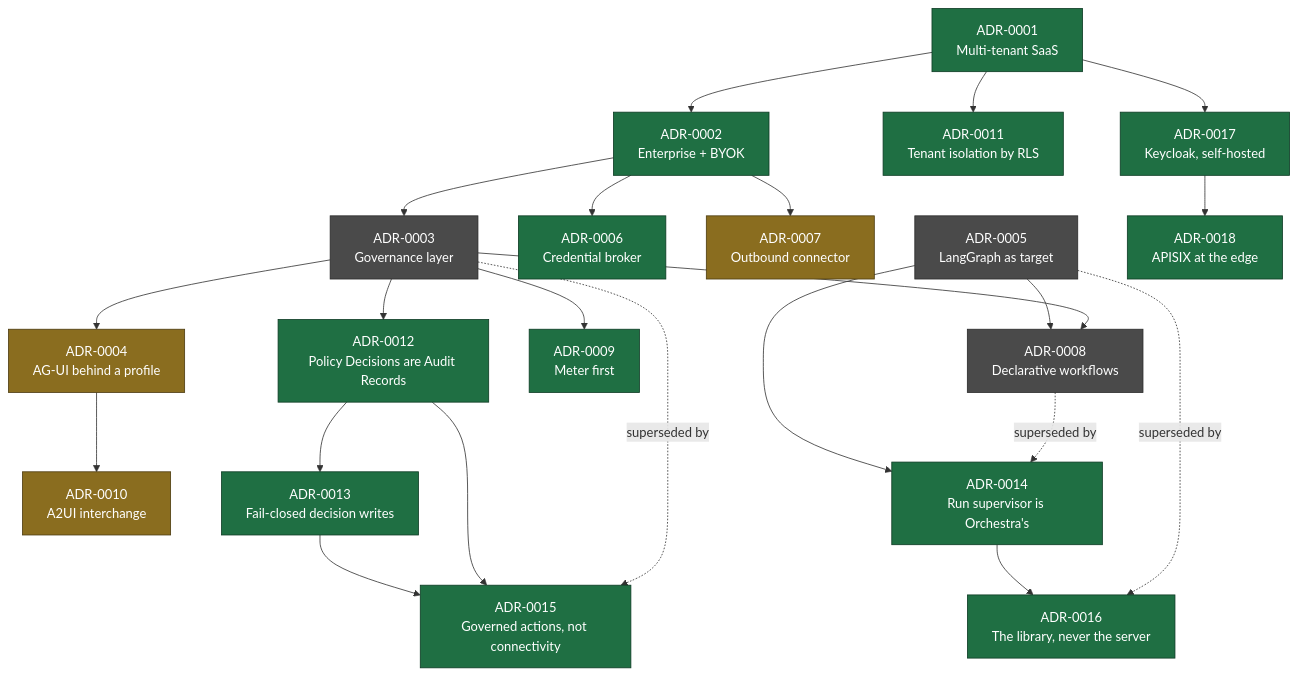
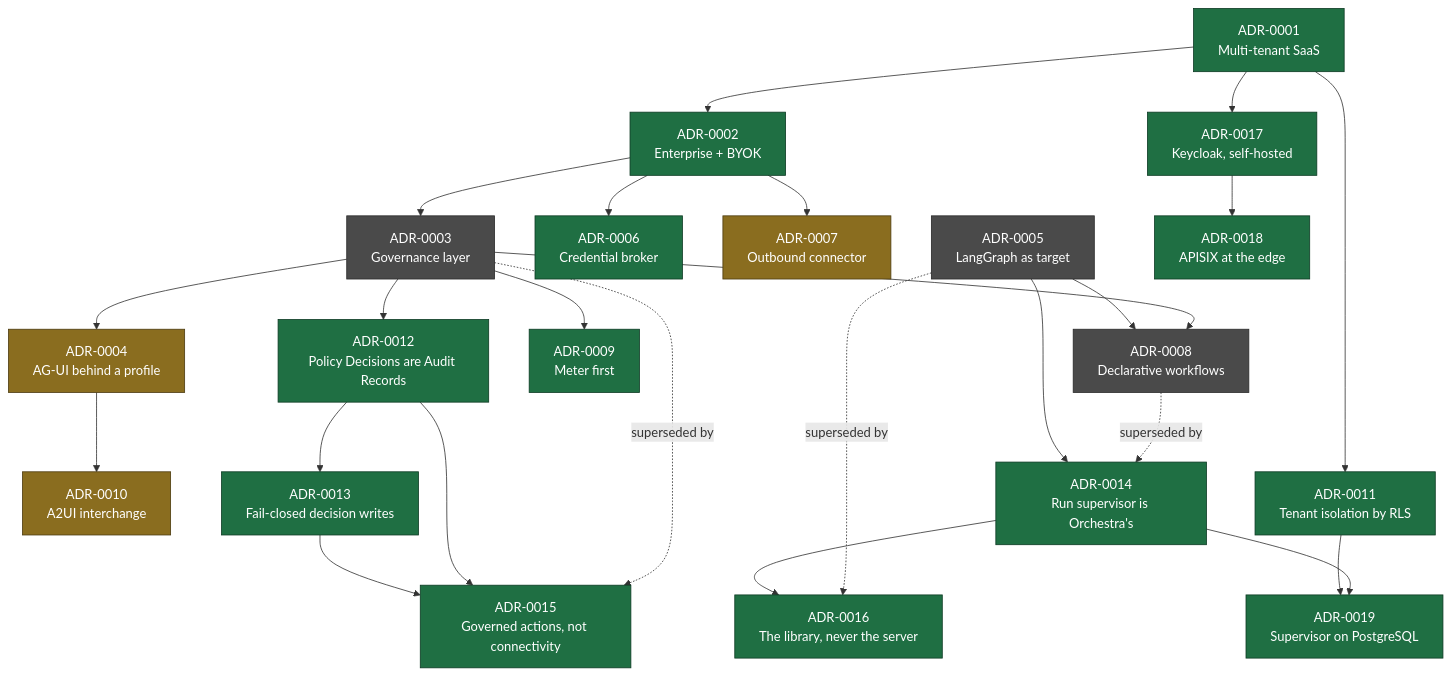
One commit to ayesigapaul/orchestra changed the diagram in docs/adr/README.md. Above: the diagram before and after it, drawn with Mermaid. The commit also changed other lines of this file and 10 other files, not shown here.

First line of the commit message:
adr(adr): Build the run supervisor on PostgreSQL, with Temporal as the fallback (#26)

````diff
--- a/docs/adr/README.md
+++ b/docs/adr/README.md
@@ -51,31 +52,33 @@
 ```mermaid
 flowchart TD
   A1["ADR-0001<br/>Multi-tenant SaaS"] --> A2["ADR-0002<br/>Enterprise + BYOK"]
   A2 --> A3["ADR-0003<br/>Governance layer"]
   A2 --> A6["ADR-0006<br/>Credential broker"]
   A2 --> A7["ADR-0007<br/>Outbound connector"]
   A3 --> A4["ADR-0004<br/>AG-UI behind a profile"]
   A3 --> A8["ADR-0008<br/>Declarative workflows"]
   A3 --> A9["ADR-0009<br/>Meter first"]
   A5["ADR-0005<br/>LangGraph as target"] --> A8
   A4 --> A10["ADR-0010<br/>A2UI interchange"]
   A1 --> A11["ADR-0011<br/>Tenant isolation by RLS"]
   A3 --> A12["ADR-0012<br/>Policy Decisions are Audit Records"]
   A12 --> A13["ADR-0013<br/>Fail-closed decision writes"]
   A8 -.->|superseded by| A14["ADR-0014<br/>Run supervisor is Orchestra's"]
   A5 --> A14
   A3 -.->|superseded by| A15["ADR-0015<br/>Governed actions, not connectivity"]
   A12 --> A15
   A13 --> A15
   A5 -.->|superseded by| A16["ADR-0016<br/>The library, never the server"]
   A14 --> A16
   A1 --> A17["ADR-0017<br/>Keycloak, self-hosted"]
   A17 --> A18["ADR-0018<br/>APISIX at the edge"]
+  A14 --> A19["ADR-0019<br/>Supervisor on PostgreSQL"]
+  A11 --> A19
 
   classDef accepted fill:#1f6f43,stroke:#0d3b24,color:#fff;
   classDef proposed fill:#8a6d1f,stroke:#4d3c10,color:#fff;
   classDef superseded fill:#4a4a4a,stroke:#2a2a2a,color:#fff;
-  class A1,A2,A6,A9,A11,A12,A13,A14,A15,A16,A17,A18 accepted;
+  class A1,A2,A6,A9,A11,A12,A13,A14,A15,A16,A17,A18,A19 accepted;
   class A4,A7,A10 proposed;
   class A3,A5,A8 superseded;
 ```
````
